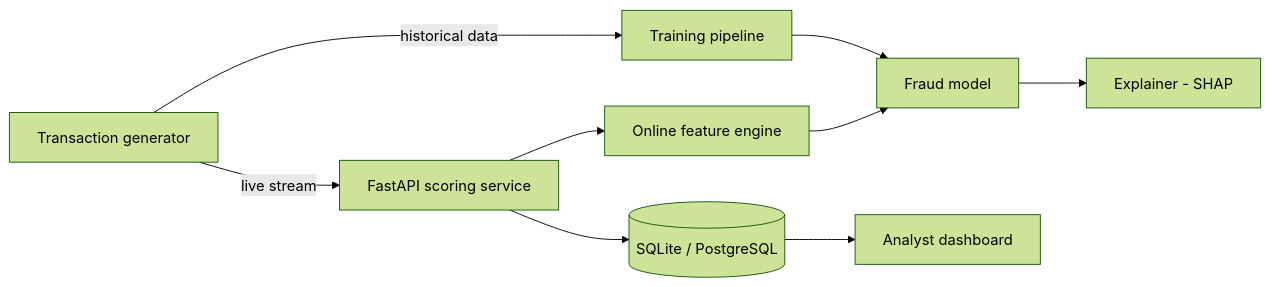
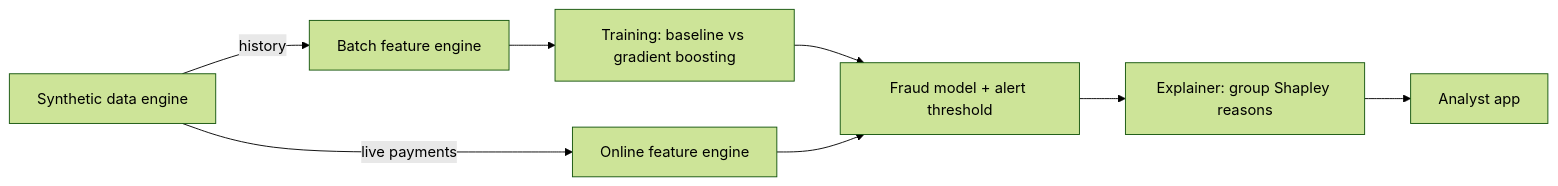
One commit to beggumuzun/fraudlens changed the diagram in README.md. Above: the diagram before and after it, drawn with Mermaid (forest theme). The commit also changed other lines of this file and 22 other files, not shown here.

Commit message:
Phase 5: Streamlit analyst app - live monitor, payment tester, attack simulator, performance

````diff
--- a/README.md
+++ b/README.md
@@ -28,11 +65,10 @@
 ```mermaid
 flowchart LR
-    G[Transaction generator] -->|live stream| API[FastAPI scoring service]
-    API --> F[Online feature engine]
-    F --> M[Fraud model]
-    M --> X[Explainer - SHAP]
-    API --> DB[(SQLite / PostgreSQL)]
-    DB --> D[Analyst dashboard]
-    G -->|historical data| T[Training pipeline]
-    T --> M
+    G[Synthetic data engine] -->|history| B[Batch feature engine]
+    B --> T[Training: baseline vs gradient boosting]
+    T --> M[Fraud model + alert threshold]
+    G -->|live payments| O[Online feature engine]
+    O --> M
+    M --> X[Explainer: group Shapley reasons]
+    X --> A[Analyst app]
 ```
````
